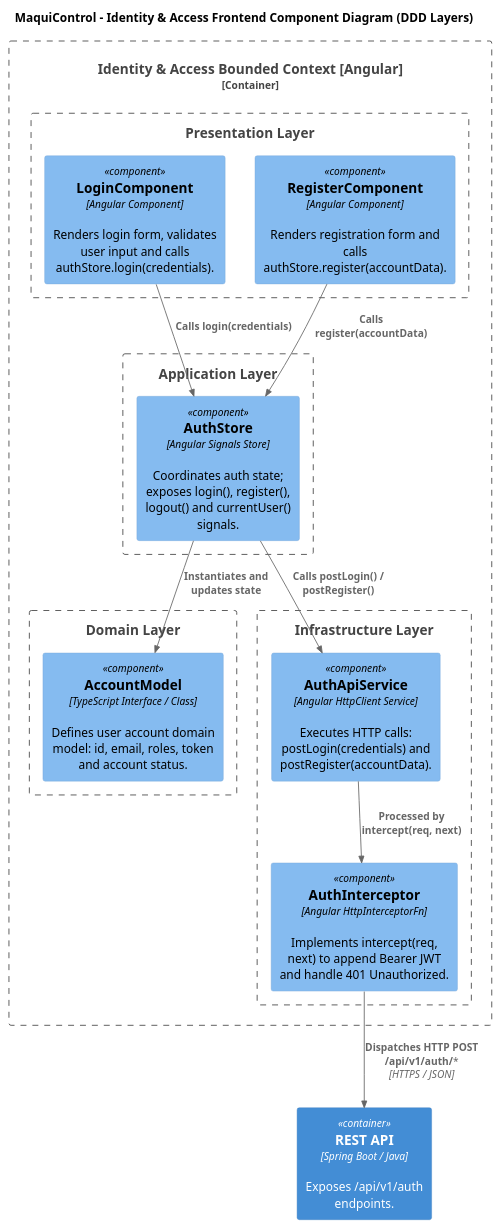
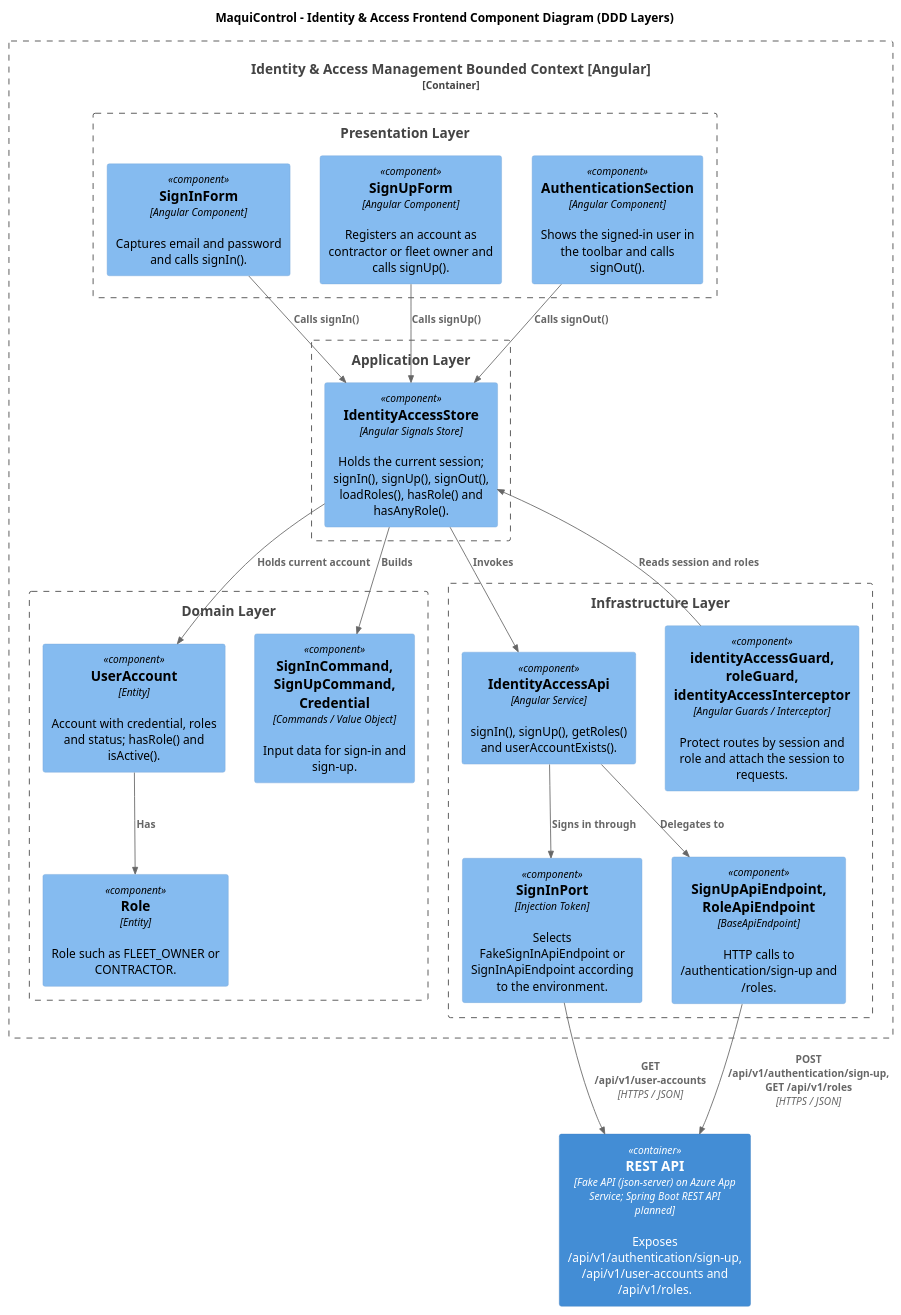
The diagram in docs/architecture/components/identity-access-frontend-components.puml (AndesHeavyTech/MaquiControl), drawn with PlantUML before and after one commit. The commit also changed 36 other files, not shown here.

Commit message:
docs(report): add sprint 2, update deployment configuration and align diagrams with code

```diff
--- a/docs/architecture/components/identity-access-frontend-components.puml
+++ b/docs/architecture/components/identity-access-frontend-components.puml
@@ -1,32 +1,43 @@
 @startuml
 !include <C4/C4_Component>
 
 title MaquiControl - Identity & Access Frontend Component Diagram (DDD Layers)
 
-Container_Boundary(iam, "Identity & Access Bounded Context [Angular]") {
+Container_Boundary(bc, "Identity & Access Management Bounded Context [Angular]") {
     Boundary(presentation, "Presentation Layer") {
-        Component(loginComponent, "LoginComponent", "Angular Component", "Renders login form, validates user input and calls authStore.login(credentials).")
-        Component(registerComponent, "RegisterComponent", "Angular Component", "Renders registration form and calls authStore.register(accountData).")
+        Component(signInForm, "SignInForm", "Angular Component", "Captures email and password and calls signIn().")
+        Component(signUpForm, "SignUpForm", "Angular Component", "Registers an account as contractor or fleet owner and calls signUp().")
+        Component(authSection, "AuthenticationSection", "Angular Component", "Shows the signed-in user in the toolbar and calls signOut().")
     }
     Boundary(application, "Application Layer") {
-        Component(authStore, "AuthStore", "Angular Signals Store", "Coordinates auth state; exposes login(), register(), logout() and currentUser() signals.")
+        Component(iamStore, "IdentityAccessStore", "Angular Signals Store", "Holds the current session; signIn(), signUp(), signOut(), loadRoles(), hasRole() and hasAnyRole().")
     }
     Boundary(domain, "Domain Layer") {
-        Component(accountModel, "AccountModel", "TypeScript Interface / Class", "Defines user account domain model: id, email, roles, token and account status.")
+        Component(userAccount, "UserAccount", "Entity", "Account with credential, roles and status; hasRole() and isActive().")
+        Component(role, "Role", "Entity", "Role such as FLEET_OWNER or CONTRACTOR.")
+        Component(commands, "SignInCommand, SignUpCommand, Credential", "Commands / Value Object", "Input data for sign-in and sign-up.")
     }
     Boundary(infrastructure, "Infrastructure Layer") {
-        Component(authApiService, "AuthApiService", "Angular HttpClient Service", "Executes HTTP calls: postLogin(credentials) and postRegister(accountData).")
-        Component(authInterceptor, "AuthInterceptor", "Angular HttpInterceptorFn", "Implements intercept(req, next) to append Bearer JWT and handle 401 Unauthorized.")
+        Component(iamApi, "IdentityAccessApi", "Angular Service", "signIn(), signUp(), getRoles() and userAccountExists().")
+        Component(signInPort, "SignInPort", "Injection Token", "Selects FakeSignInApiEndpoint or SignInApiEndpoint according to the environment.")
+        Component(endpoints, "SignUpApiEndpoint, RoleApiEndpoint", "BaseApiEndpoint", "HTTP calls to /authentication/sign-up and /roles.")
+        Component(guards, "identityAccessGuard, roleGuard, identityAccessInterceptor", "Angular Guards / Interceptor", "Protect routes by session and role and attach the session to requests.")
     }
 }
 
-Container(api, "REST API", "Spring Boot / Java", "Exposes /api/v1/auth endpoints.")
+Container(api, "REST API", "Fake API (json-server) on Azure App Service; Spring Boot REST API planned", "Exposes /api/v1/authentication/sign-up, /api/v1/user-accounts and /api/v1/roles.")
 
-Rel(loginComponent, authStore, "Calls login(credentials)")
-Rel(registerComponent, authStore, "Calls register(accountData)")
-Rel(authStore, accountModel, "Instantiates and updates state")
-Rel(authStore, authApiService, "Calls postLogin() / postRegister()")
-Rel(authApiService, authInterceptor, "Processed by intercept(req, next)")
-Rel(authInterceptor, api, "Dispatches HTTP POST /api/v1/auth/*", "HTTPS / JSON")
+Rel(signInForm, iamStore, "Calls signIn()")
+Rel(signUpForm, iamStore, "Calls signUp()")
+Rel(authSection, iamStore, "Calls signOut()")
+Rel(iamStore, userAccount, "Holds current account")
+Rel(userAccount, role, "Has")
+Rel(iamStore, commands, "Builds")
+Rel(iamStore, iamApi, "Invokes")
+Rel(iamApi, signInPort, "Signs in through")
+Rel(iamApi, endpoints, "Delegates to")
+Rel(guards, iamStore, "Reads session and roles")
+Rel(signInPort, api, "GET /api/v1/user-accounts", "HTTPS / JSON")
+Rel(endpoints, api, "POST /api/v1/authentication/sign-up, GET /api/v1/roles", "HTTPS / JSON")
 
 @enduml
```
